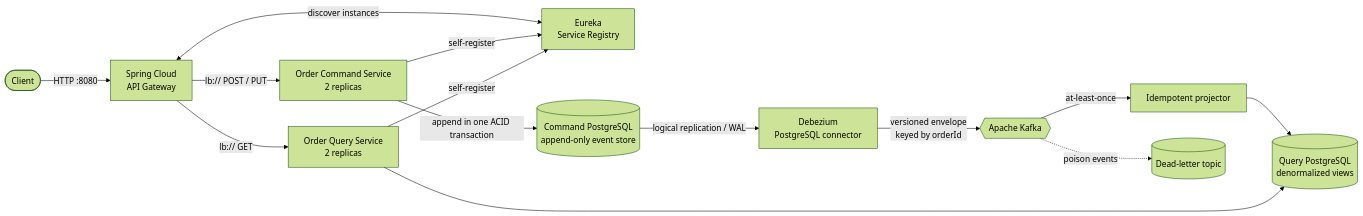
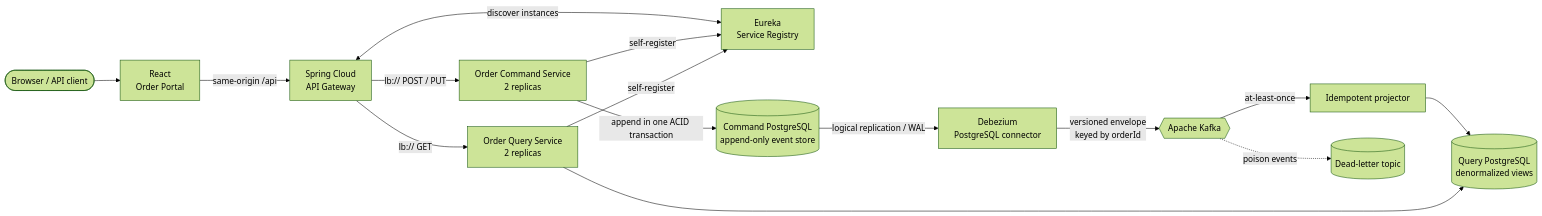
One commit to karacsonybarni/event-sourced-cqrs-microservices changed the diagram in README.md. Above: the diagram before and after it, drawn with Mermaid (forest theme). The commit also changed other lines of this file and 29 other files, not shown here.

Commit message:
Add React CQRS order portal

````diff
--- a/README.md
+++ b/README.md
@@ -16,18 +16,19 @@
 ```mermaid
 flowchart LR
-    Client([Client]) -->|HTTP :8080| Gateway[Spring Cloud<br/>API Gateway]
+    Client([Browser / API client]) --> Frontend[React<br/>Order Portal]
+    Frontend -->|same-origin /api| Gateway[Spring Cloud<br/>API Gateway]
     Registry[Eureka<br/>Service Registry]
     Gateway <-->|discover instances| Registry
     Command[Order Command Service<br/>2 replicas] -->|self-register| Registry
     Query[Order Query Service<br/>2 replicas] -->|self-register| Registry
     Gateway -->|lb:// POST / PUT| Command
     Gateway -->|lb:// GET| Query
 
     Command -->|append in one ACID transaction| EventStore[(Command PostgreSQL<br/>append-only event store)]
     EventStore -->|logical replication / WAL| Debezium[Debezium<br/>PostgreSQL connector]
     Debezium -->|versioned envelope<br/>keyed by orderId| Kafka{{Apache Kafka}}
     Kafka -->|at-least-once| Projector[Idempotent projector]
     Projector --> QueryDB[(Query PostgreSQL<br/>denormalized views)]
     Query --> QueryDB
     Kafka -. poison events .-> DLT[(Dead-letter topic)]
 ```
````
